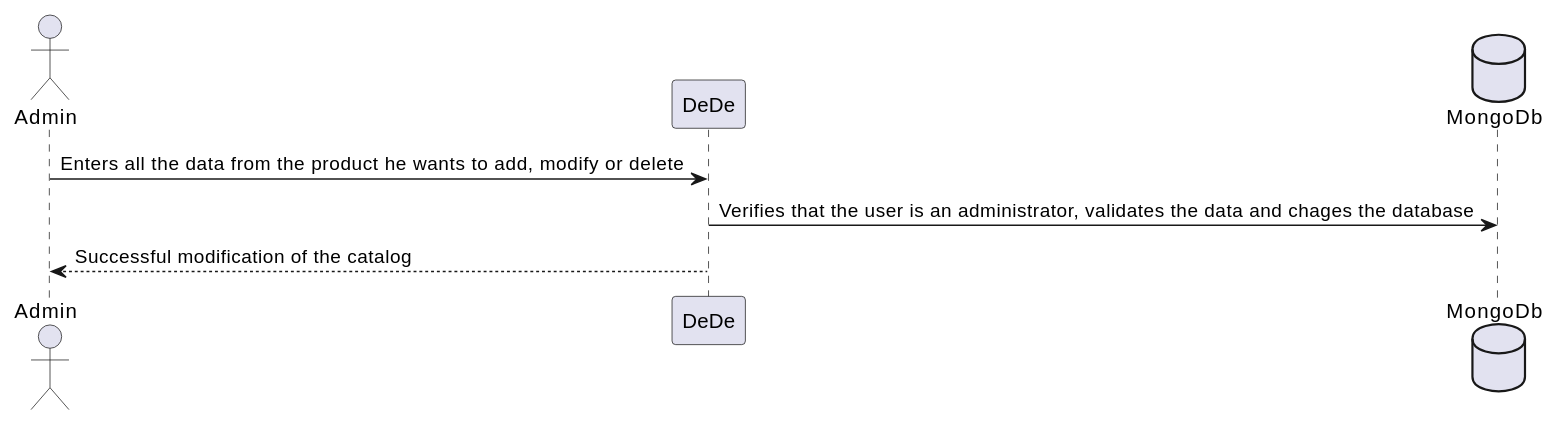
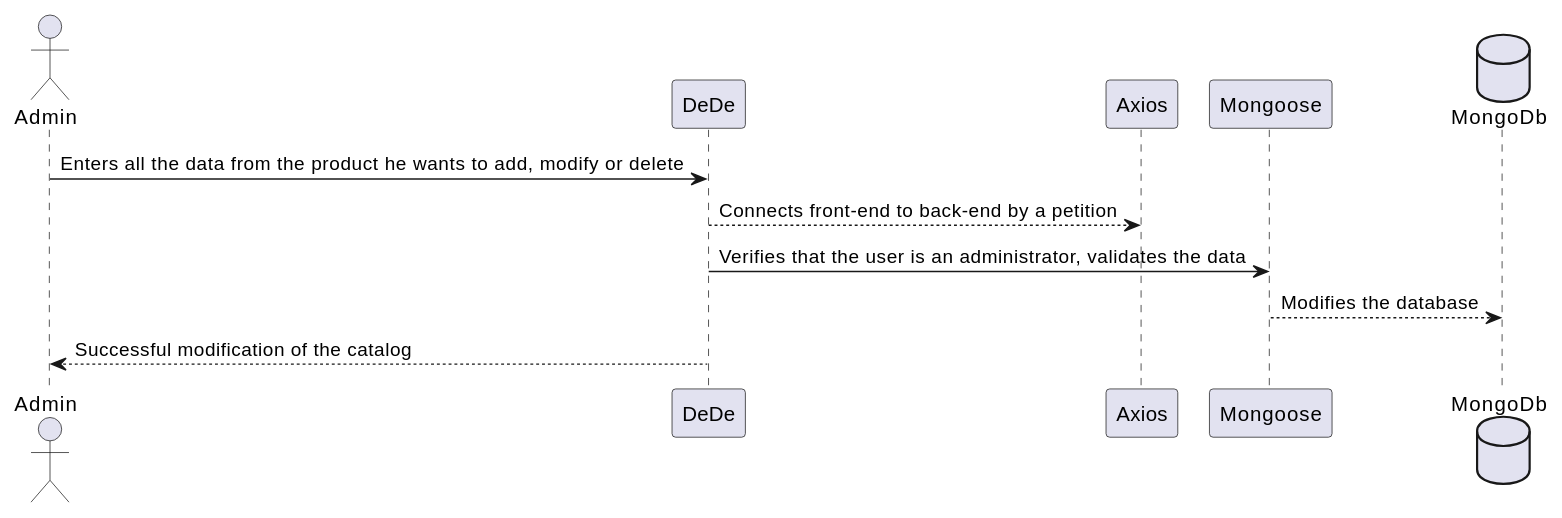
The fifth of 6 diagrams in docs/06_runtime_view.adoc (Arquisoft/Arquisoft-dede_es_04a), drawn with PlantUML before and after one commit. The commit also changed other lines of this file, not shown here.

```diff
--- a/docs/06_runtime_view.adoc
+++ b/docs/06_runtime_view.adoc
@@ -95,11 +101,16 @@
 [plantuml,"AdminModify",png]
 ----
 @startuml
 actor Admin
 participant DeDe
+participant Axios
+participant Mongoose
 database MongoDb
 Admin -> DeDe: Enters all the data from the product he wants to add, modify or delete
-DeDe -> MongoDb: Verifies that the user is an administrator, validates the data and chages the database
+DeDe --> Axios: Connects front-end to back-end by a petition
+DeDe -> Mongoose: Verifies that the user is an administrator, validates the data
+Mongoose --> MongoDb: Modifies the database
 DeDe --> Admin: Successful modification of the catalog
+
 @enduml
 ----
```
